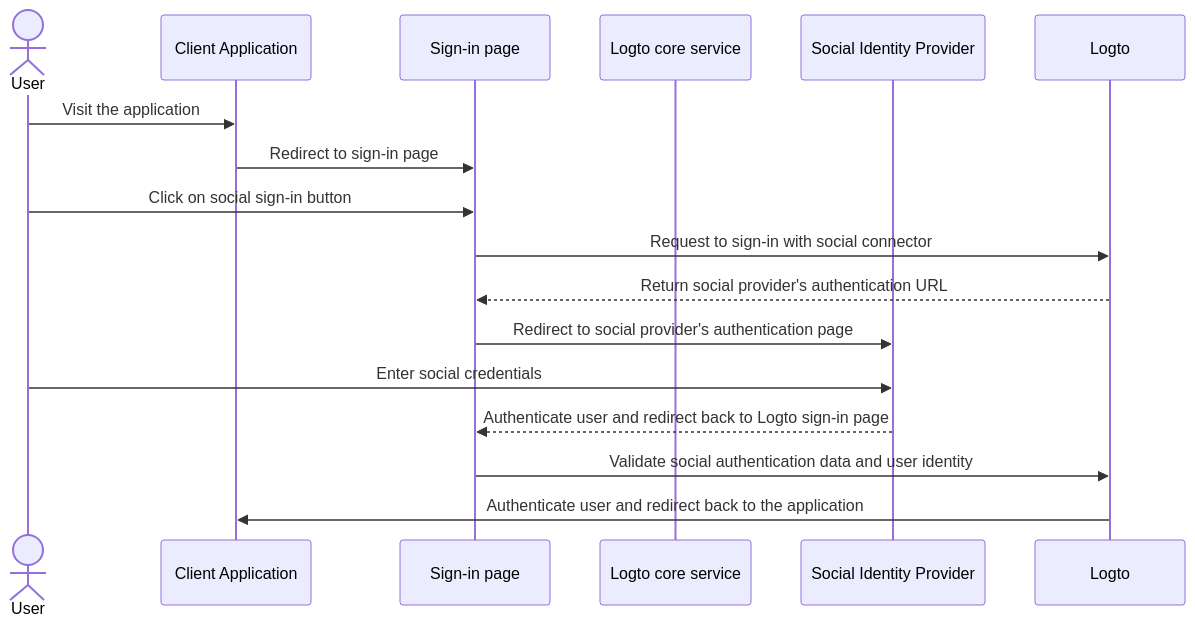
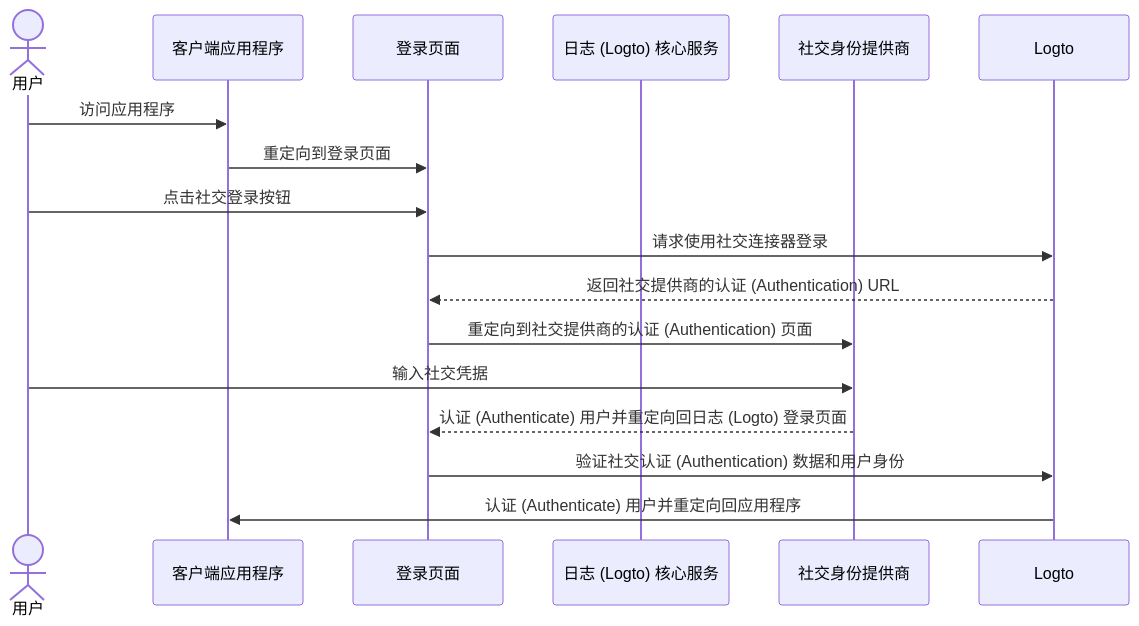
The first of 5 diagrams in i18n/zh-CN/docusaurus-plugin-content-docs/current/end-user-flows/sign-up-and-sign-in/social-sign-in.mdx (logto-io/docs), drawn with Mermaid before and after one commit. The commit also changed other lines of this file and 449 other files, not shown here.

````diff
--- a/i18n/zh-CN/docusaurus-plugin-content-docs/current/end-user-flows/sign-up-and-sign-in/social-sign-in.mdx
+++ b/i18n/zh-CN/docusaurus-plugin-content-docs/current/end-user-flows/sign-up-and-sign-in/social-sign-in.mdx
@@ -35,19 +35,19 @@
 ```mermaid
 sequenceDiagram
-    actor user as User
-    participant app as Client Application
-    participant experience as Sign-in page
-    participant logto as Logto core service
-    participant social as Social Identity Provider
+    actor user as 用户
+    participant app as 客户端应用程序
+    participant experience as 登录页面
+    participant logto as 日志 (Logto) 核心服务
+    participant social as 社交身份提供商
 
-    user->>app: Visit the application
-    app->>experience: Redirect to sign-in page
-    user->>experience: Click on social sign-in button
-    experience->>Logto: Request to sign-in with social connector
-    Logto-->>experience: Return social provider's authentication URL
-    experience->>social: Redirect to social provider's authentication page
-    user->>social: Enter social credentials
-    social-->>experience: Authenticate user and redirect back to Logto sign-in page
-    experience->>Logto: Validate social authentication data and user identity
-    Logto->>app: Authenticate user and redirect back to the application
+    user->>app: 访问应用程序
+    app->>experience: 重定向到登录页面
+    user->>experience: 点击社交登录按钮
+    experience->>Logto: 请求使用社交连接器登录
+    Logto-->>experience: 返回社交提供商的认证 (Authentication) URL
+    experience->>social: 重定向到社交提供商的认证 (Authentication) 页面
+    user->>social: 输入社交凭据
+    social-->>experience: 认证 (Authenticate) 用户并重定向回日志 (Logto) 登录页面
+    experience->>Logto: 验证社交认证 (Authentication) 数据和用户身份
+    Logto->>app: 认证 (Authenticate) 用户并重定向回应用程序
 ```
````
